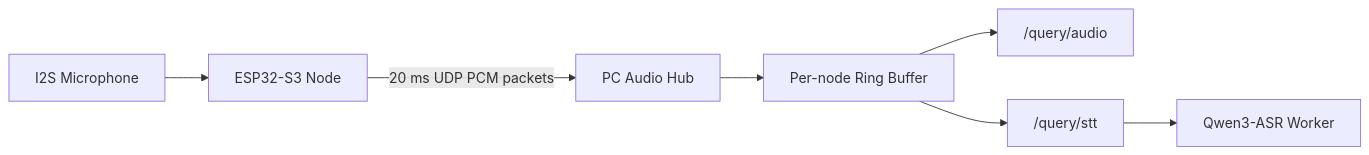
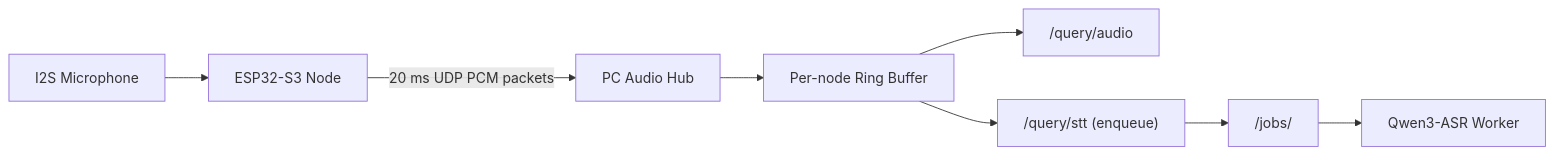
Before and after one commit to Tobi1chi/EchoTrigger: the second of 2 diagrams in README.md, drawn with Mermaid. The commit also changed other lines of this file and 19 other files, not shown here.

````diff
--- a/README.md
+++ b/README.md
@@ -62,9 +64,10 @@
 ```mermaid
 flowchart LR
   mic["I2S Microphone"] --> esp["ESP32-S3 Node"]
   esp -->|"20 ms UDP PCM packets"| hub["PC Audio Hub"]
   hub --> ring["Per-node Ring Buffer"]
   ring --> audio["/query/audio"]
-  ring --> stt["/query/stt"]
-  stt --> asr["Qwen3-ASR Worker"]
+  ring --> stt["/query/stt (enqueue)"]
+  stt --> jobs["/jobs/<job_id>"]
+  jobs --> asr["Qwen3-ASR Worker"]
 ```
````
